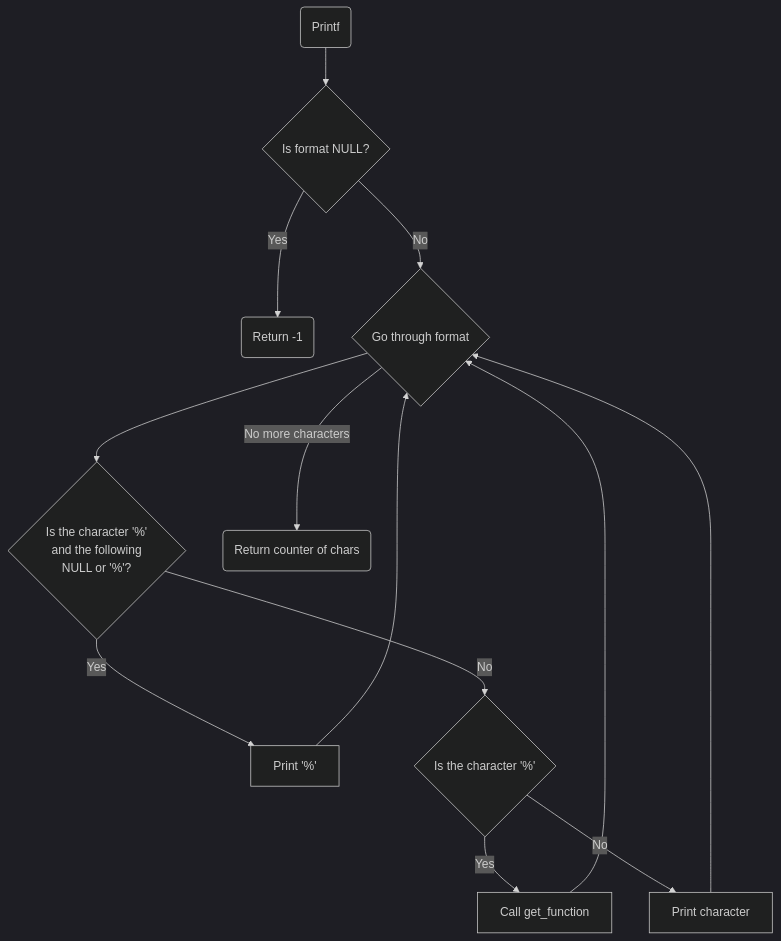
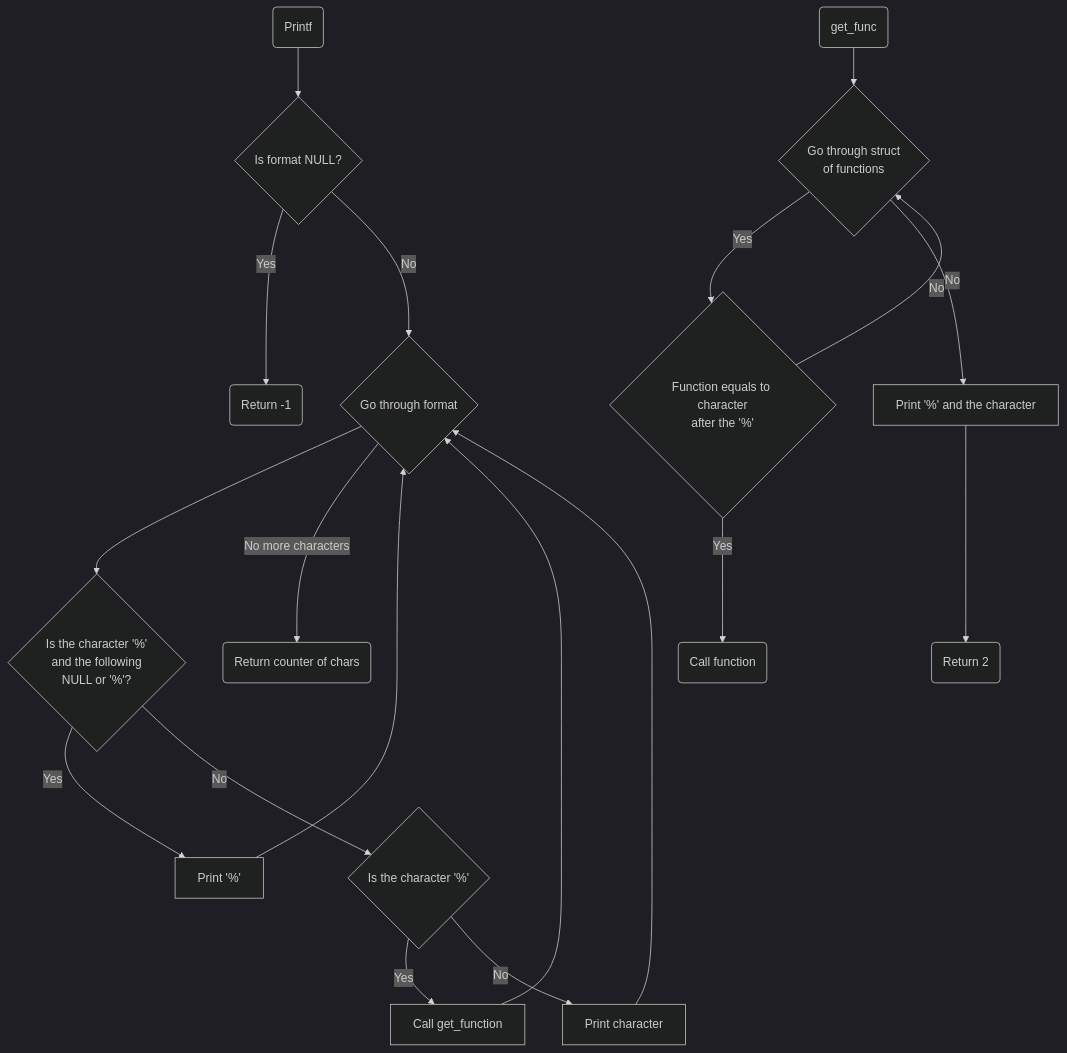
One commit to gallit0/holbertonschool-printf changed the diagram in FLOWCHART.md. Above: the diagram before and after it, drawn with Mermaid (dark theme).

````diff
--- a/FLOWCHART.md
+++ b/FLOWCHART.md
@@ -1,12 +1,18 @@
 ```mermaid
 graph TD;
-	Start(Printf)-->If0{Is format NULL?}
+	Start0(Printf)-->If0{Is format NULL?}
 	If0-->|Yes|Return0(Return -1)
 	If0-->|No|While0{Go through format}
 	While0-->If1{Is the character '%'<br> and the following<br>NULL or '%'?}
 	If1-->|Yes|Put0[Print '%']-->While0
 	If1-->|No|If2{Is the character '%'}
 	If2-->|Yes|Call0[Call get_function]-->While0
 	If2-->|No|Put1[Print character]-->While0
 	While0-->|No more characters|Return1(Return counter of chars)
+	
+	
+	Start1(get_func)-->For0{Go through struct<br>of functions}
+	For0-->|Yes|If3{Function equals to character<br>after the '%'}-->|Yes|Return2(Call function)
+	If3-->|No|For0
+	For0-->|No|Put2[Print '%' and the character]-->Return3(Return 2)
 ```
````
